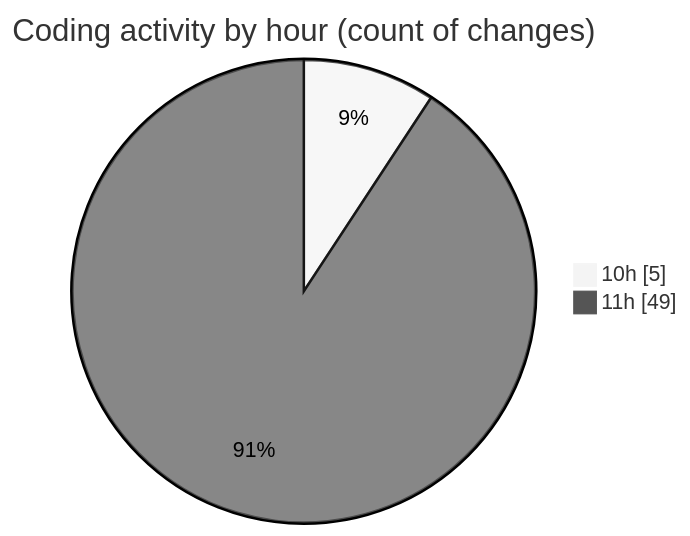
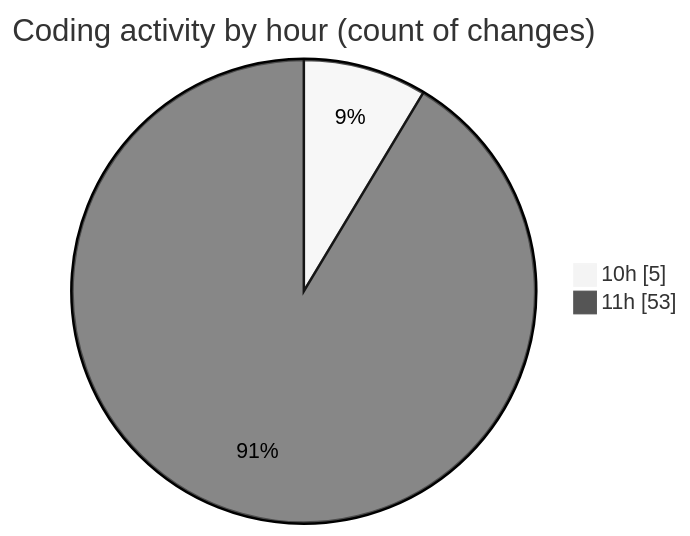
The second of 2 diagrams in 2025-06-17/cda/README.md (momahboobian/code-tracking), drawn with Mermaid (neutral theme) before and after one commit. The commit also changed other lines of this file and 1 other file, not shown here.

````diff
--- a/2025-06-17/cda/README.md
+++ b/2025-06-17/cda/README.md
@@ -29,6 +29,6 @@
 ```mermaid
 pie showData
 title Coding activity by hour (count of changes)
 "10h" : 5
-"11h" : 49
+"11h" : 53
 ```
````
